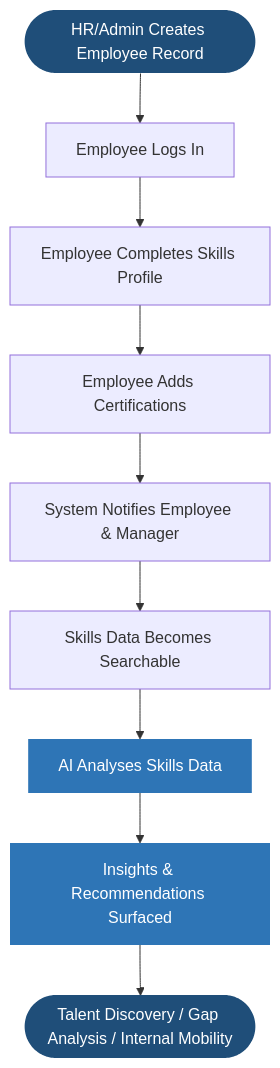
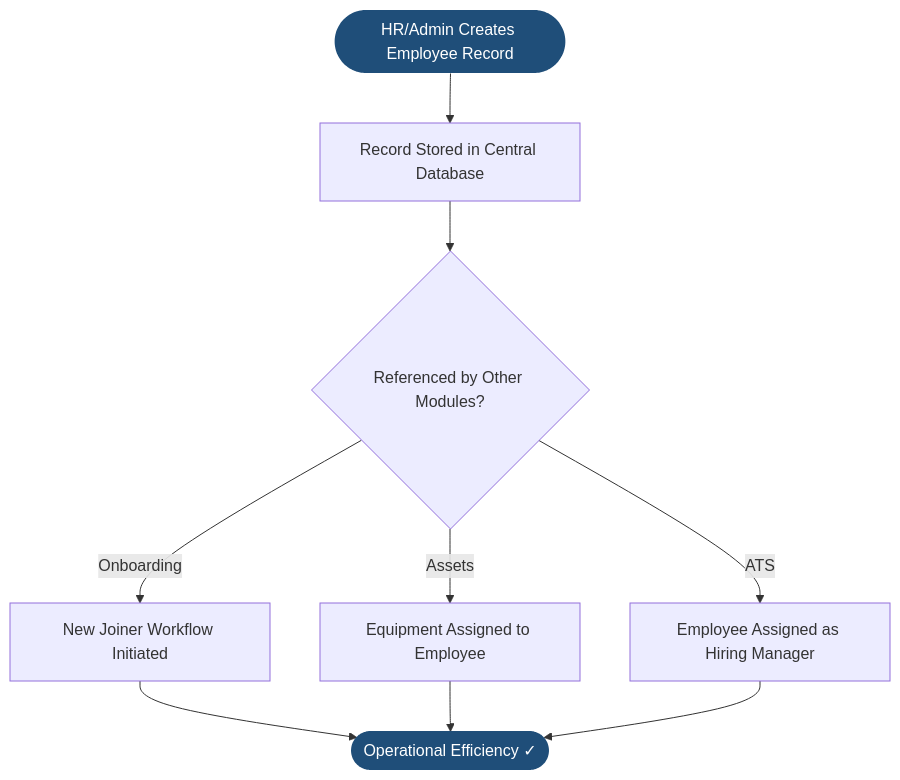
Before and after one commit to ATDawnTech/HubV2: diagram 15 of 16 in docs/ADT_Hub_Spec_Plan.md, drawn with Mermaid. The commit also changed other lines of this file, not shown here.

Commit message:
docs: Simplify Employee Management to core record storage

````diff
--- a/docs/ADT_Hub_Spec_Plan.md
+++ b/docs/ADT_Hub_Spec_Plan.md
@@ -549,16 +543,14 @@
 ```mermaid
 flowchart TD
-    A([HR/Admin Creates Employee Record]) --> B[Employee Logs In]
-    B --> C[Employee Completes Skills Profile]
-    C --> D[Employee Adds Certifications]
-    D --> E[System Notifies Employee & Manager]
-    E --> F[Skills Data Becomes Searchable]
-    F --> G[AI Analyses Skills Data]
-    G --> H[Insights & Recommendations Surfaced]
-    H --> I([Talent Discovery / Gap Analysis / Internal Mobility])
+    A([HR/Admin Creates Employee Record]) --> B[Record Stored in Central Database]
+    B --> C{Referenced by Other Modules?}
+    C -->|Onboarding| D[New Joiner Workflow Initiated]
+    C -->|Assets| E[Equipment Assigned to Employee]
+    C -->|ATS| F[Employee Assigned as Hiring Manager]
+    D --> G([Operational Efficiency ✓])
+    E --> G
+    F --> G
 
     style A fill:#1F4E79,color:#fff,stroke:none
-    style I fill:#1F4E79,color:#fff,stroke:none
-    style G fill:#2E75B6,color:#fff,stroke:none
-    style H fill:#2E75B6,color:#fff,stroke:none
+    style G fill:#1F4E79,color:#fff,stroke:none
 ```
````
